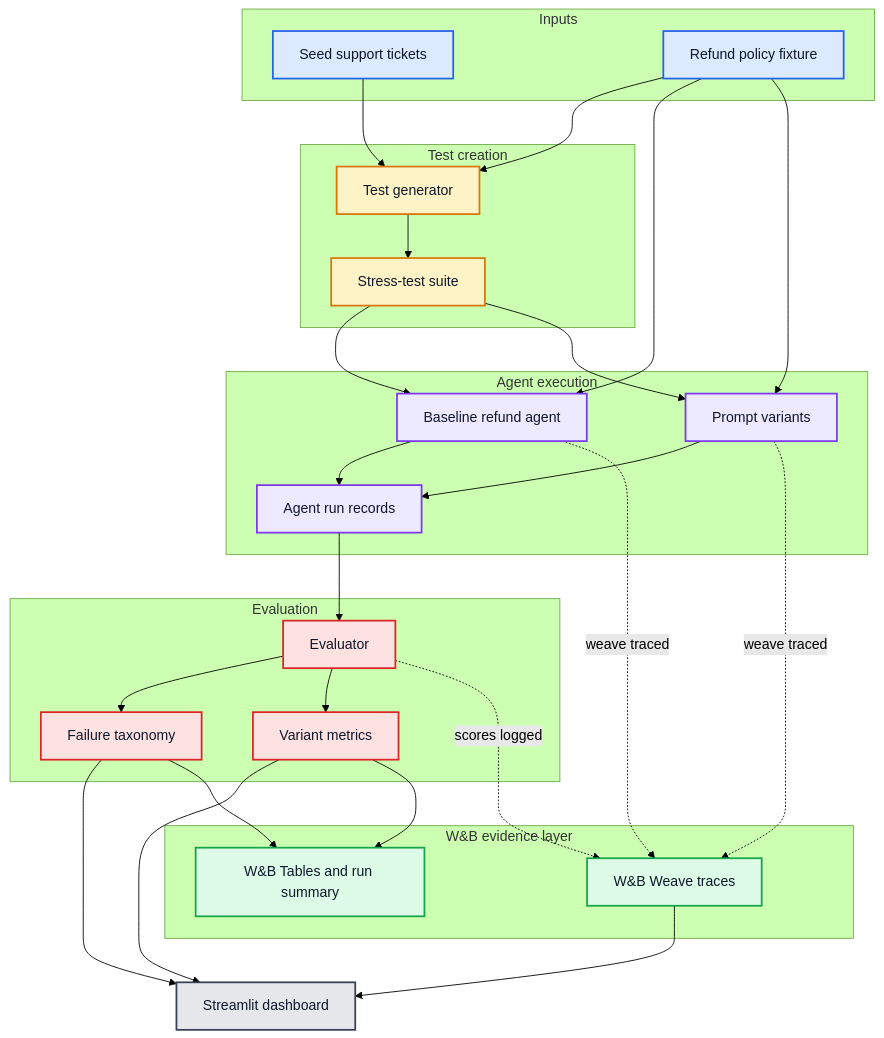
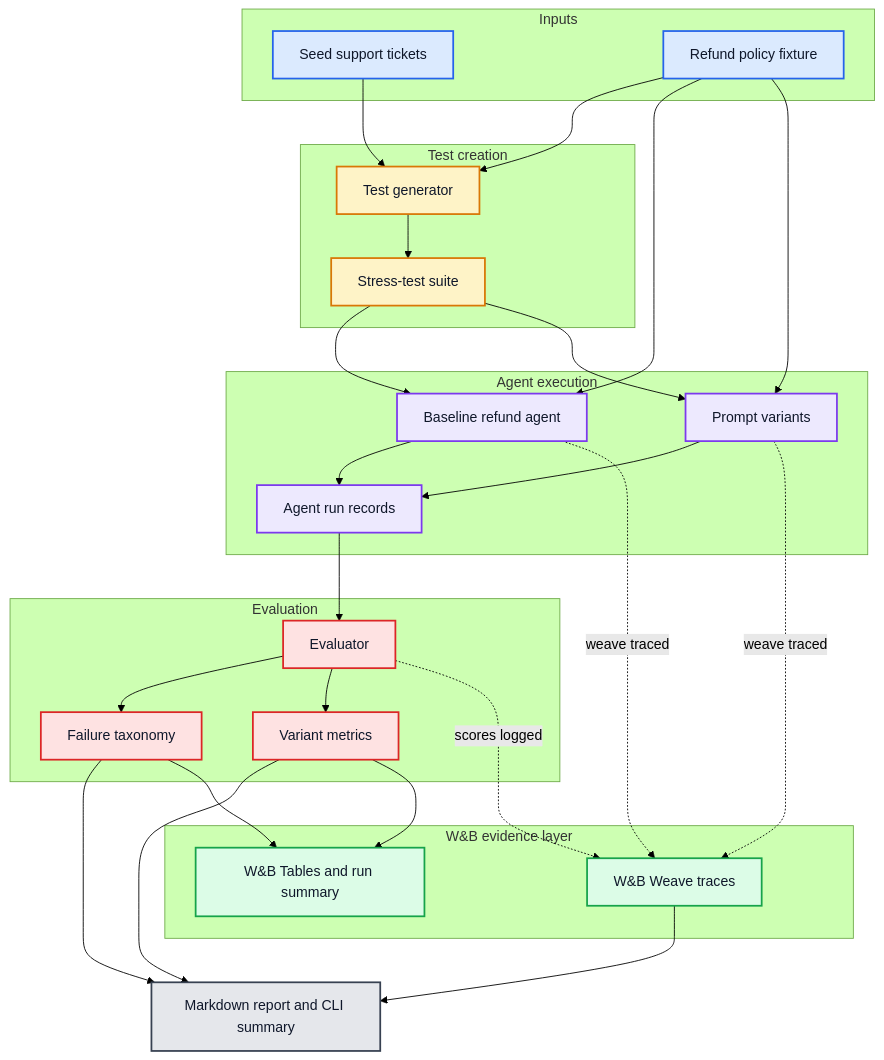
One commit to vyahhi/swarm-checkup changed the first of 2 diagrams in docs/how-it-works.md. Above: the diagram before and after it, drawn with Mermaid (forest theme). The commit also changed other lines of this file and 12 other files, not shown here.

````diff
--- a/docs/how-it-works.md
+++ b/docs/how-it-works.md
@@ -7,66 +7,66 @@
 ```mermaid
 flowchart TB
     subgraph Inputs[Inputs]
         A[Seed support tickets]
         P[Refund policy fixture]
     end
 
     subgraph TestCreation[Test creation]
         B[Test generator]
         C[Stress-test suite]
     end
 
     subgraph Execution[Agent execution]
         D[Baseline refund agent]
         E[Prompt variants]
         F[Agent run records]
     end
 
     subgraph Evaluation[Evaluation]
         G[Evaluator]
         H[Failure taxonomy]
         I[Variant metrics]
     end
 
     subgraph Evidence[W&B evidence layer]
         W[W&B Weave traces]
         K[W&B Tables and run summary]
     end
 
-    J[Streamlit dashboard]
+    J[Markdown report and CLI summary]
 
     A --> B
     P --> B
     B --> C
     C --> D
     C --> E
     P --> D
     P --> E
     D --> F
     E --> F
     F --> G
     G --> H
     G --> I
     D -. "weave traced" .-> W
     E -. "weave traced" .-> W
     G -. "scores logged" .-> W
     H --> J
     I --> J
     W --> J
     I --> K
     H --> K
 
     classDef input fill:#dbeafe,stroke:#2563eb,color:#0f172a,stroke-width:2px
     classDef generation fill:#fef3c7,stroke:#d97706,color:#0f172a,stroke-width:2px
     classDef execution fill:#ede9fe,stroke:#7c3aed,color:#0f172a,stroke-width:2px
     classDef evaluation fill:#fee2e2,stroke:#dc2626,color:#0f172a,stroke-width:2px
     classDef evidence fill:#dcfce7,stroke:#16a34a,color:#0f172a,stroke-width:2px
     classDef dashboard fill:#e5e7eb,stroke:#374151,color:#0f172a,stroke-width:2px
 
     class A,P input
     class B,C generation
     class D,E,F execution
     class G,H,I evaluation
     class W,K evidence
     class J dashboard
 ```
````
